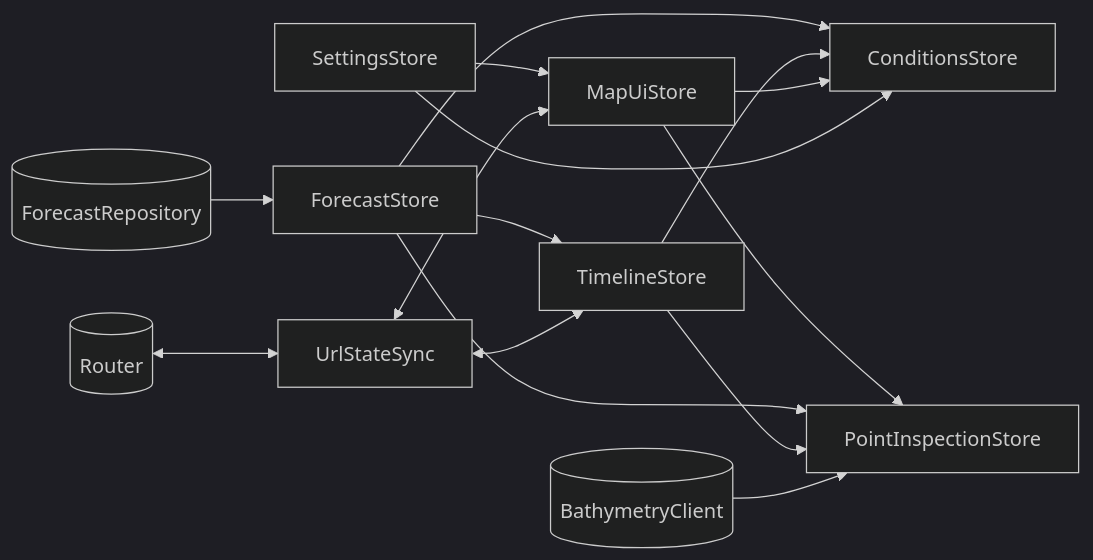
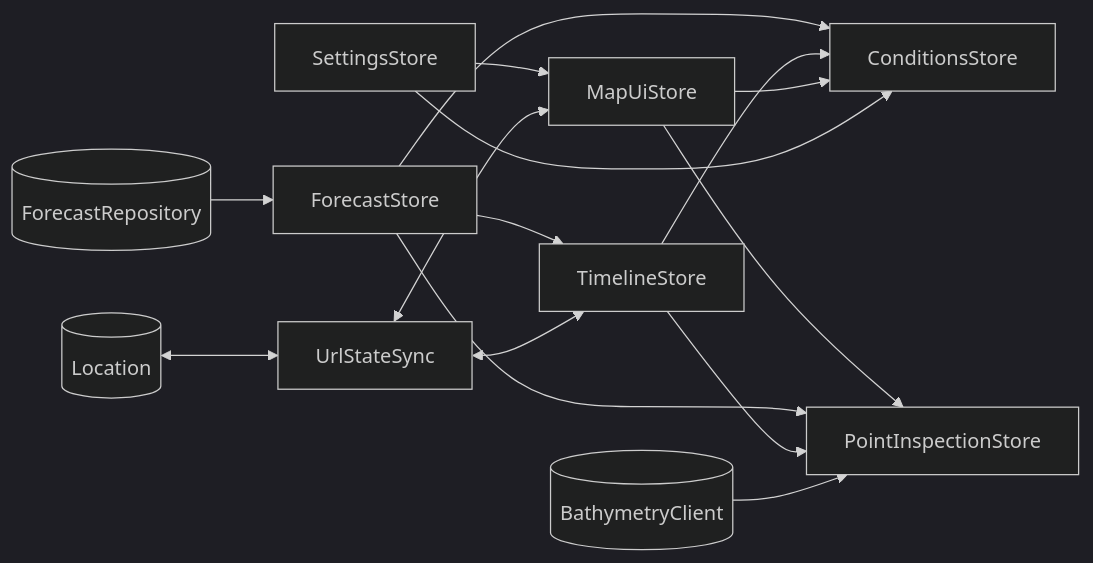
The diagram in src/app/state/README.md (jamesablue/glassy), drawn with Mermaid (dark theme) before and after one commit. The commit also changed other lines of this file and 6 other files, not shown here.

First line of the commit message:
perf(state): sync the URL through Location and drop @angular/router

````diff
--- a/src/app/state/README.md
+++ b/src/app/state/README.md
@@ -22,17 +22,17 @@
 ```mermaid
 graph LR
   repo[(ForecastRepository)] --> forecast[ForecastStore]
   forecast --> timeline[TimelineStore]
   settings[SettingsStore] --> mapUi[MapUiStore]
   forecast --> conditions[ConditionsStore]
   timeline --> conditions
   mapUi --> conditions
   settings --> conditions
   url[UrlStateSync] <--> mapUi
   url <--> timeline
-  router[(Router)] <--> url
+  location[(Location)] <--> url
   mapUi --> inspection[PointInspectionStore]
   forecast --> inspection
   timeline --> inspection
   bathymetry[(BathymetryClient)] --> inspection
 ```
````
